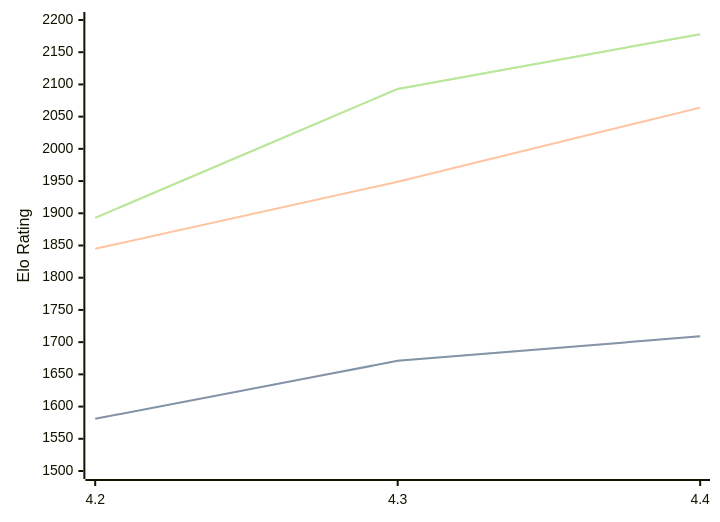
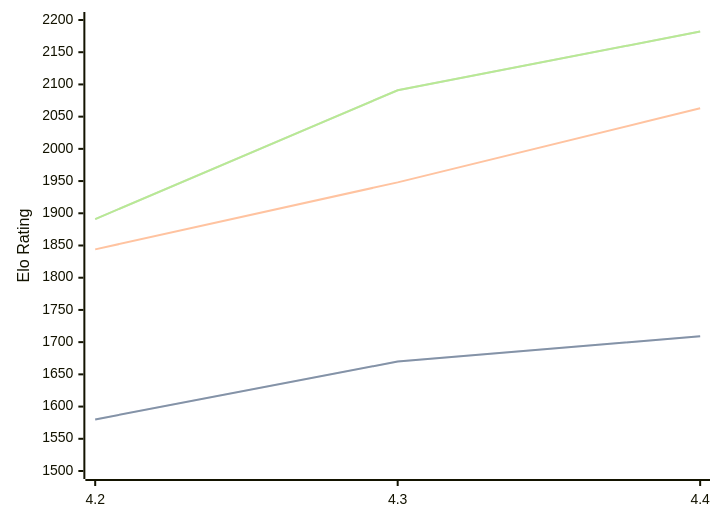
One commit to computer-chess-index/cci changed the diagram in engines/Radiance.md. Above: the diagram before and after it, drawn with Mermaid. The commit also changed other lines of this file, not shown here.

Commit message:
Update CCI Ratings (ELO VLTC) - 2026-06-07

````diff
--- a/engines/Radiance.md
+++ b/engines/Radiance.md
@@ -36,11 +36,11 @@
 ```mermaid
 %%{init: {"theme":"base","themeVariables":{"seriesColors:['#a3a3a3','#222221','#faa371']}}}%%
 xychart-beta
   x-axis ["4.2", "4.3", "4.4"]
   y-axis "Elo Rating" 1500 --> 2200
-  line "STC (8.0+0.08s)" [1581, 1671, 1709]
-  line "STC (8.0+0.08s)" [1581, 1671, 1709]
-  line "LTC (60.0+0.60s)" [1845, 1949, 2064]
-  line "VLTC (2m24s+1.12s)" [1893, 2093, 2178]
-  line "VLTC (2m24s+1.12s)" [1893, 2093, 2178]
+  line "STC (8.0+0.08s)" [1580, 1670, 1709]
+  line "STC (8.0+0.08s)" [1580, 1670, 1709]
+  line "LTC (60.0+0.60s)" [1844, 1948, 2063]
+  line "VLTC (2m24s+1.12s)" [1891, 2091, 2182]
+  line "VLTC (2m24s+1.12s)" [1891, 2091, 2182]
 ```
````
